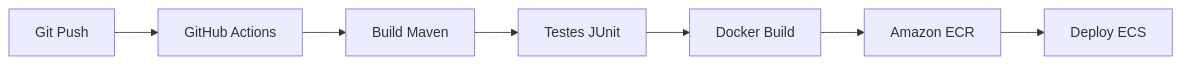
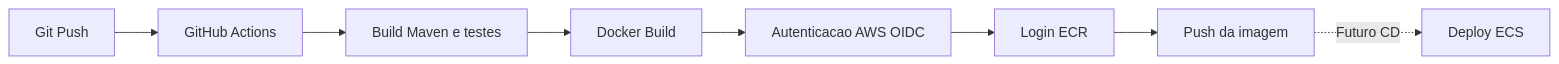
One commit to Ailton-Tech/CI-CD-automatizado-com-Docker-e-AWS changed the third of 3 diagrams in README.md. Above: the diagram before and after it, drawn with Mermaid. The commit also changed other lines of this file, not shown here.

First line of the commit message:
Enhance README with AWS deployment and CI/CD updates

````diff
--- a/README.md
+++ b/README.md
@@ -306,9 +318,10 @@
 ```mermaid
 flowchart LR
     A[Git Push] --> B[GitHub Actions]
-    B --> C[Build Maven]
-    C --> D[Testes JUnit]
-    D --> E[Docker Build]
-    E --> F[Amazon ECR]
-    F --> G[Deploy ECS]
+    B --> C[Build Maven e testes]
+    C --> D[Docker Build]
+    D --> E[Autenticacao AWS OIDC]
+    E --> F[Login ECR]
+    F --> G[Push da imagem]
+    G -. Futuro CD .-> H[Deploy ECS]
 ```
````
